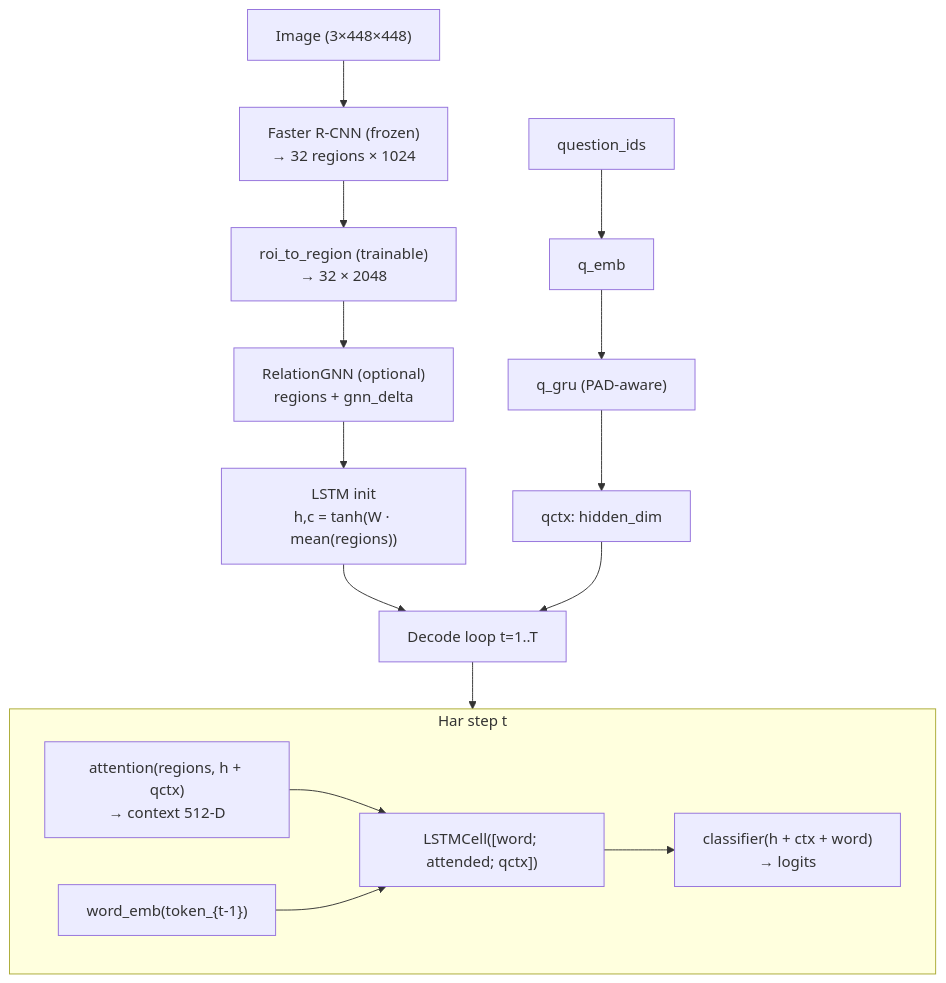
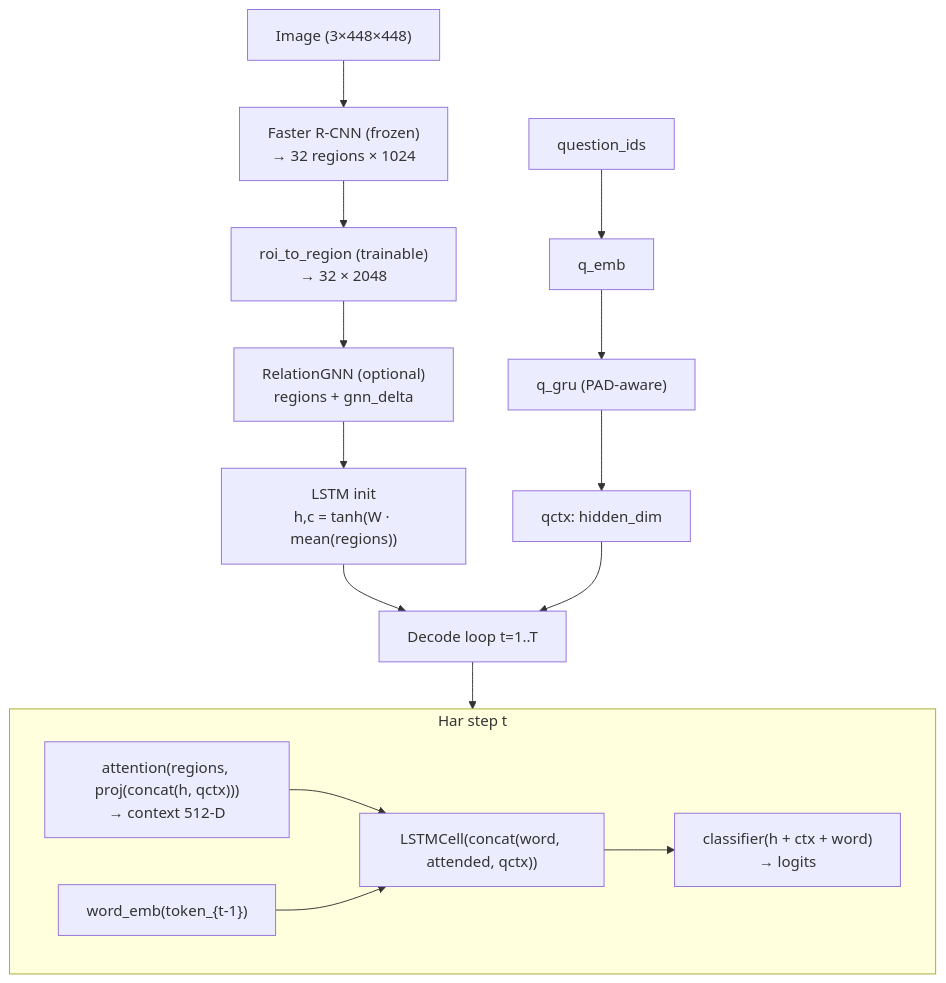
The second of 3 diagrams in architecture/ARCHITECTURE.fa.md (MahdiRuzmeh/ImageCaptioningImprovedVisualQuestionAnswering), drawn with Mermaid before and after one commit. The commit also changed other lines of this file and 3 other files, not shown here.

Commit message:
chore: Use concat instead of sum when calculate attention btw image regions and h(t-1) and question feature inside the Image captioner model.

````diff
--- a/architecture/ARCHITECTURE.fa.md
+++ b/architecture/ARCHITECTURE.fa.md
@@ -68,28 +68,28 @@
 ```mermaid
 flowchart TB
     IMG["Image (3×448×448)"]
     FRCNN["Faster R-CNN (frozen)\n→ 32 regions × 1024"]
     ROI["roi_to_region (trainable)\n→ 32 × 2048"]
     GNN["RelationGNN (optional)\nregions + gnn_delta"]
     INIT["LSTM init\nh,c = tanh(W · mean(regions))"]
     Q["question_ids"]
     QEMB["q_emb"]
     QGRU["q_gru (PAD-aware)"]
     QCTX["qctx: hidden_dim"]
     LOOP["Decode loop t=1..T"]
 
     IMG --> FRCNN --> ROI --> GNN --> INIT --> LOOP
     Q --> QEMB --> QGRU --> QCTX --> LOOP
 
     subgraph LOOP_DETAIL["Har step t"]
-        ATT["attention(regions, h + qctx)\n→ context 512-D"]
+        ATT["attention(regions, proj(concat(h, qctx)))\n→ context 512-D"]
         WE["word_emb(token_{t-1})"]
-        LSTM["LSTMCell([word; attended; qctx])"]
+        LSTM["LSTMCell(concat(word, attended, qctx))"]
         OUT["classifier(h + ctx + word)\n→ logits"]
         ATT --> LSTM
         WE --> LSTM
         LSTM --> OUT
     end
 
     LOOP --> LOOP_DETAIL
 ```
````
